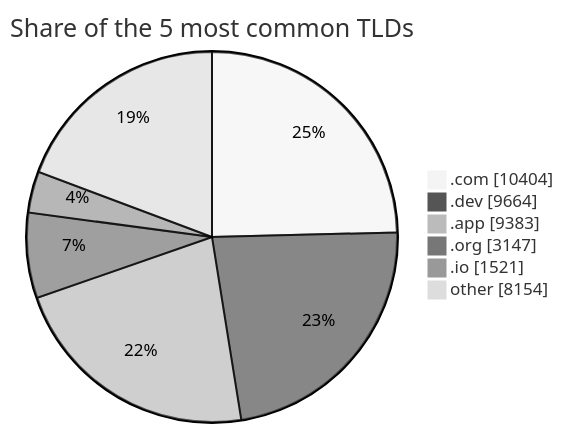
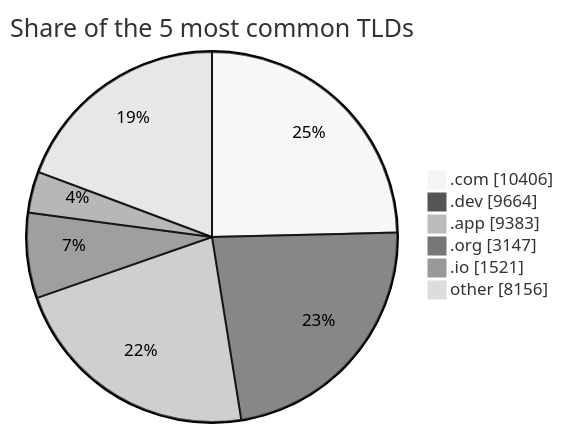
Before and after one commit to DNSBunker/CTI: the third of 3 diagrams in README.md, drawn with Mermaid (neutral theme). The commit also changed other lines of this file and 3 other files, not shown here.

````diff
--- a/README.md
+++ b/README.md
@@ -81,9 +81,9 @@
 ```mermaid
 pie showData title Share of the 5 most common TLDs
-    ".com" : 10404
+    ".com" : 10406
     ".dev" : 9664
     ".app" : 9383
     ".org" : 3147
     ".io" : 1521
-    "other" : 8154
+    "other" : 8156
 ```
````
